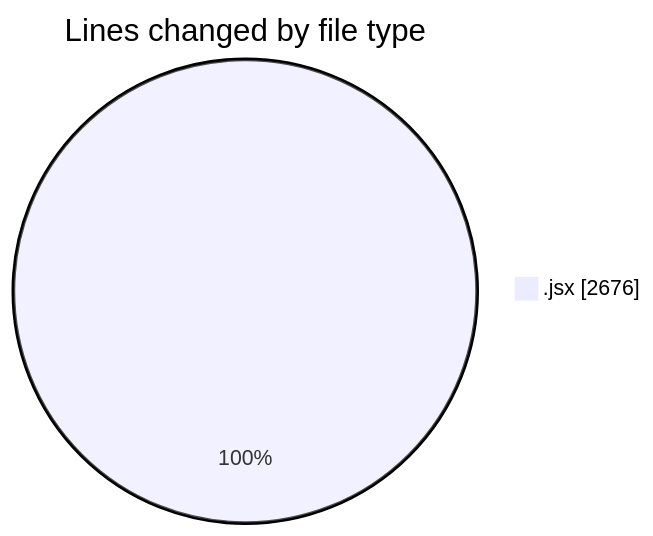
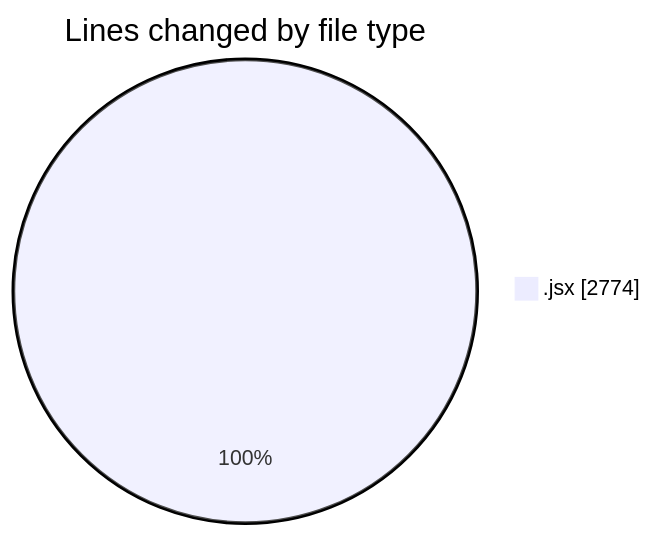
Before and after one commit to nxtqubesakshisongat/code-tracking: the first of 2 diagrams in 2025-05-23/nxtqube_webapp/README.md, drawn with Mermaid. The commit also changed other lines of this file and 1 other file, not shown here.

````diff
--- a/2025-05-23/nxtqube_webapp/README.md
+++ b/2025-05-23/nxtqube_webapp/README.md
@@ -21,5 +21,5 @@
 ```mermaid
 pie showData
 title Lines changed by file type
-".jsx" : 2676
+".jsx" : 2774
 ```
````
